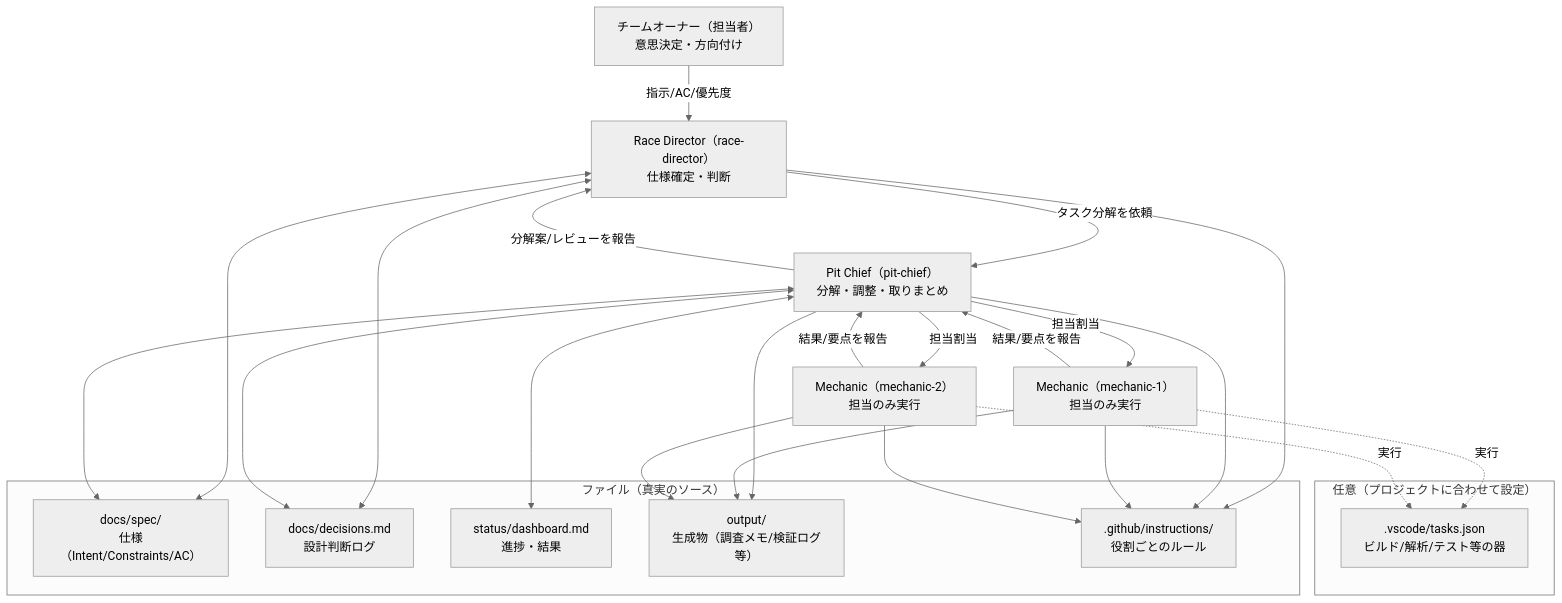
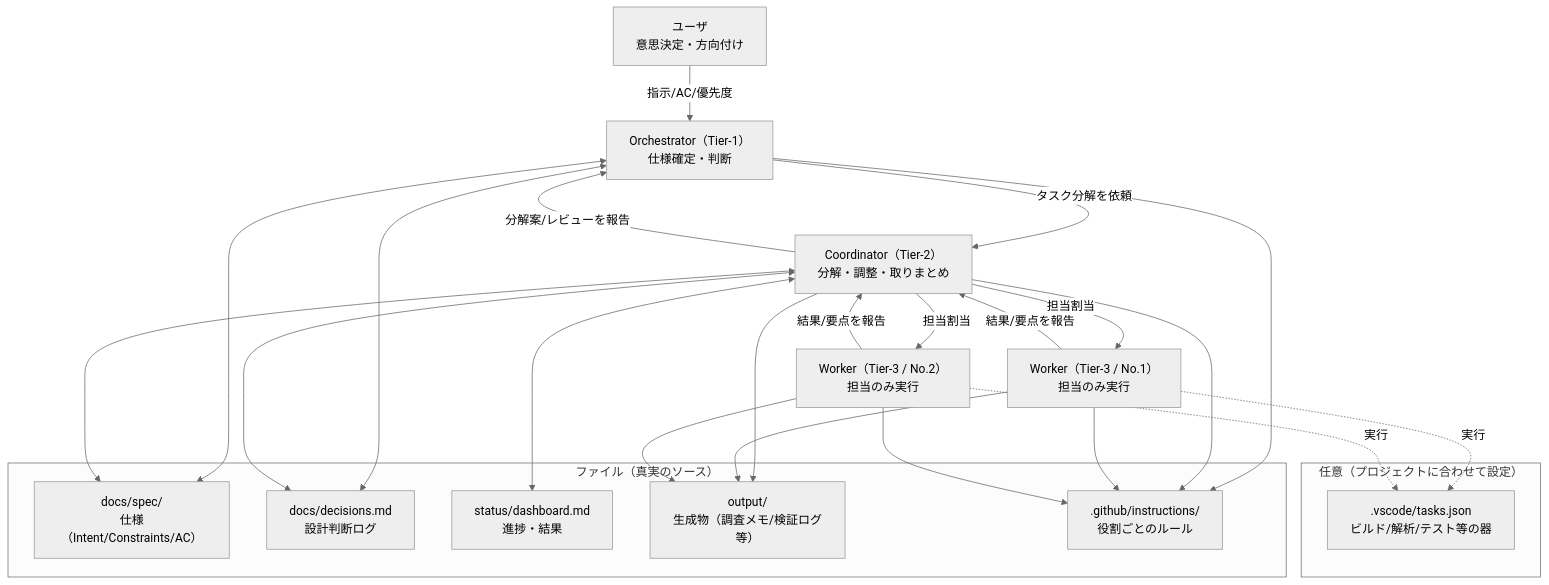
The diagram in README.md (Yosuke-Hayakawa/BaseSystem_YpVer), drawn with Mermaid (neutral theme) before and after one commit. The commit also changed other lines of this file and 27 other files, not shown here.

````diff
--- a/README.md
+++ b/README.md
@@ -15,37 +15,37 @@
 ```mermaid
 flowchart TB
-	U[チームオーナー（担当者）\n意思決定・方向付け] -->|指示/AC/優先度| S[Race Director（race-director）\n仕様確定・判断]
-	S -->|タスク分解を依頼| K[Pit Chief（pit-chief）\n分解・調整・取りまとめ]
-	K -->|担当割当| A1[Mechanic（mechanic-1）\n担当のみ実行]
-	K -->|担当割当| A2[Mechanic（mechanic-2）\n担当のみ実行]
+	U[ユーザ\n意思決定・方向付け] -->|指示/AC/優先度| S[Orchestrator（Tier-1）\n仕様確定・判断]
+	S -->|タスク分解を依頼| K[Coordinator（Tier-2）\n分解・調整・取りまとめ]
+	K -->|担当割当| A1[Worker（Tier-3 / No.1）\n担当のみ実行]
+	K -->|担当割当| A2[Worker（Tier-3 / No.2）\n担当のみ実行]
 	A1 -->|結果/要点を報告| K
 	A2 -->|結果/要点を報告| K
 	K -->|分解案/レビューを報告| S
 
 	subgraph Files[ファイル（真実のソース）]
 		SPEC[docs/spec/\n仕様（Intent/Constraints/AC）]
 		DEC[docs/decisions.md\n設計判断ログ]
 		DASH[status/dashboard.md\n進捗・結果]
 		OUT[output/\n生成物（調査メモ/検証ログ等）]
 		INS[.github/instructions/\n役割ごとのルール]
 	end
 
 	S <--> SPEC
 	K <--> SPEC
 	S <--> DEC
 	K <--> DEC
 	K <--> DASH
 	K --> OUT
 	A1 --> OUT
 	A2 --> OUT
 	S --> INS
 	K --> INS
 	A1 --> INS
 	A2 --> INS
 
 	subgraph Optional[任意（プロジェクトに合わせて設定）]
 		T[.vscode/tasks.json\nビルド/解析/テスト等の器]
 	end
 	A1 -. 実行 .-> T
 	A2 -. 実行 .-> T
 ```
````
